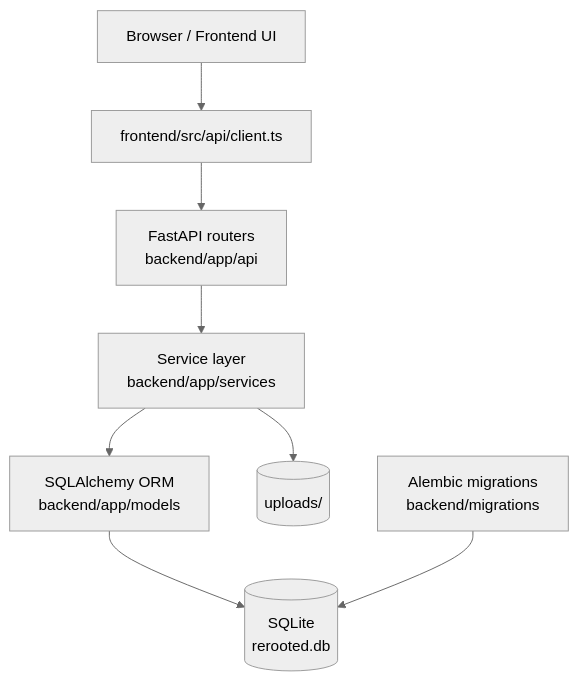
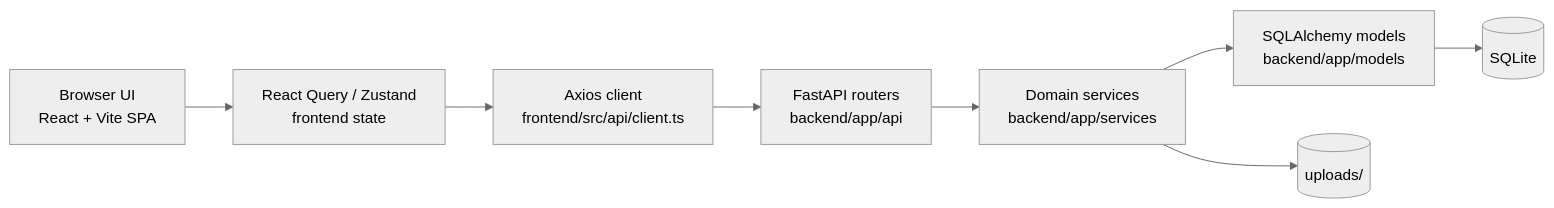
One commit to Stressor92/ReRooted changed the first of 2 diagrams in docs/architecture.md. Above: the diagram before and after it, drawn with Mermaid (neutral theme). The commit also changed other lines of this file and 22 other files, not shown here.

````diff
--- a/docs/architecture.md
+++ b/docs/architecture.md
@@ -34,19 +46,19 @@
 ```mermaid
-flowchart TD
-    Browser[Browser / Frontend UI]
-    Client[frontend/src/api/client.ts]
+flowchart LR
+    Browser[Browser UI\nReact + Vite SPA]
+    QueryState[React Query / Zustand\nfrontend state]
+    Client[Axios client\nfrontend/src/api/client.ts]
     API[FastAPI routers\nbackend/app/api]
-    Services[Service layer\nbackend/app/services]
-    ORM[SQLAlchemy ORM\nbackend/app/models]
-    DB[(SQLite\nrerooted.db)]
-    Uploads[(uploads/)]
-    Alembic[Alembic migrations\nbackend/migrations]
+    Services[Domain services\nbackend/app/services]
+    Models[SQLAlchemy models\nbackend/app/models]
+    DB[(SQLite)]
+    Files[(uploads/)]
 
-    Browser --> Client
+    Browser --> QueryState
+    QueryState --> Client
     Client --> API
     API --> Services
-    Services --> ORM
-    ORM --> DB
-    Services --> Uploads
-    Alembic --> DB
+    Services --> Models
+    Models --> DB
+    Services --> Files
 ```
````
